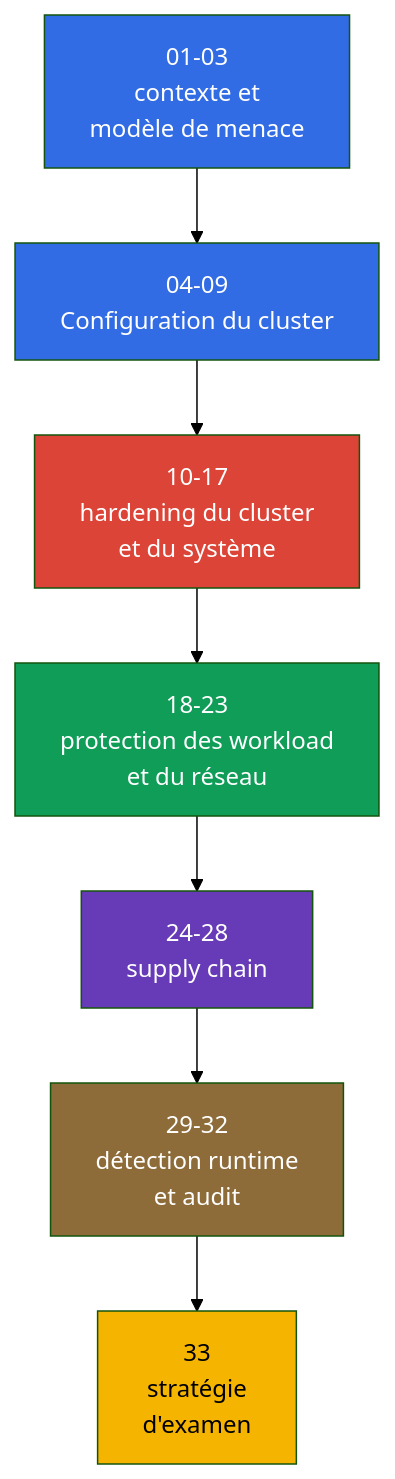
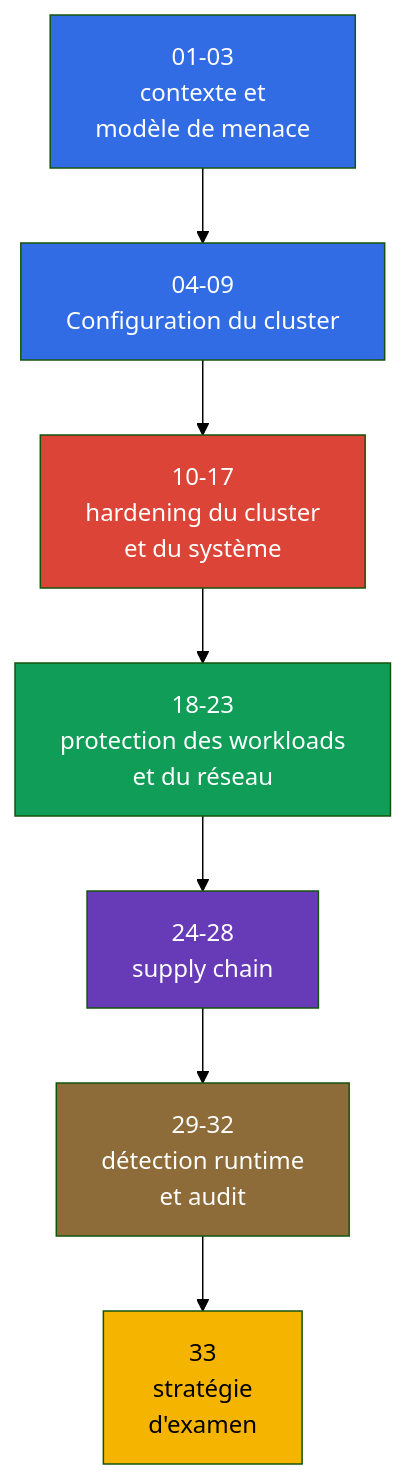
Before and after one commit to ViktorUJ/cks: the third of 3 diagrams in tasks/cks/course/01/fr.md, drawn with Mermaid (forest theme). The commit also changed other lines of this file and 280 other files, not shown here.

````diff
--- a/tasks/cks/course/01/fr.md
+++ b/tasks/cks/course/01/fr.md
@@ -157,16 +157,16 @@
 ```mermaid
 flowchart TB
     intro["01-03<br/>contexte et<br/>modèle de menace"] --> setup["04-09<br/>Configuration du cluster"]
     setup --> hardening["10-17<br/>hardening du cluster<br/>et du système"]
-    hardening --> workload["18-23<br/>protection des workload<br/>et du réseau"]
+    hardening --> workload["18-23<br/>protection des workloads<br/>et du réseau"]
     workload --> supply["24-28<br/>supply chain"]
     supply --> detect["29-32<br/>détection runtime<br/>et audit"]
     detect --> exam["33<br/>stratégie<br/>d'examen"]
     style intro fill:#326ce5,color:#fff
     style setup fill:#326ce5,color:#fff
     style hardening fill:#db4437,color:#fff
     style workload fill:#0f9d58,color:#fff
     style supply fill:#673ab7,color:#fff
     style detect fill:#8e6c3a,color:#fff
     style exam fill:#f4b400,color:#000
 ```
````
